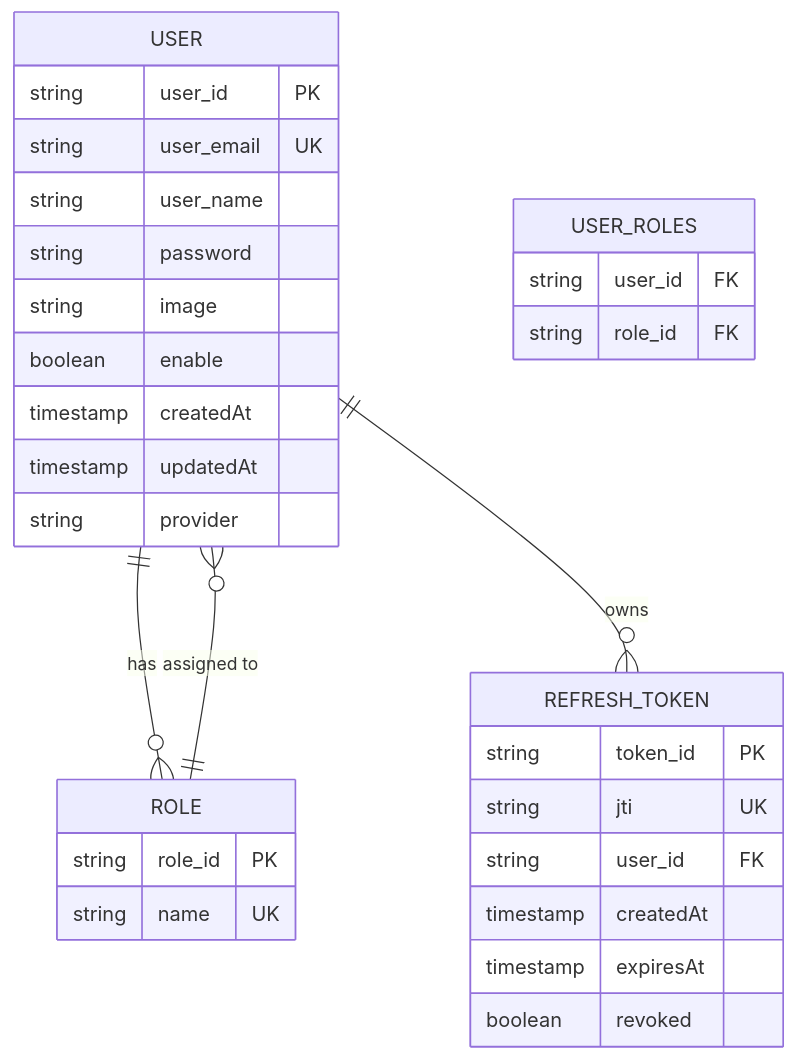
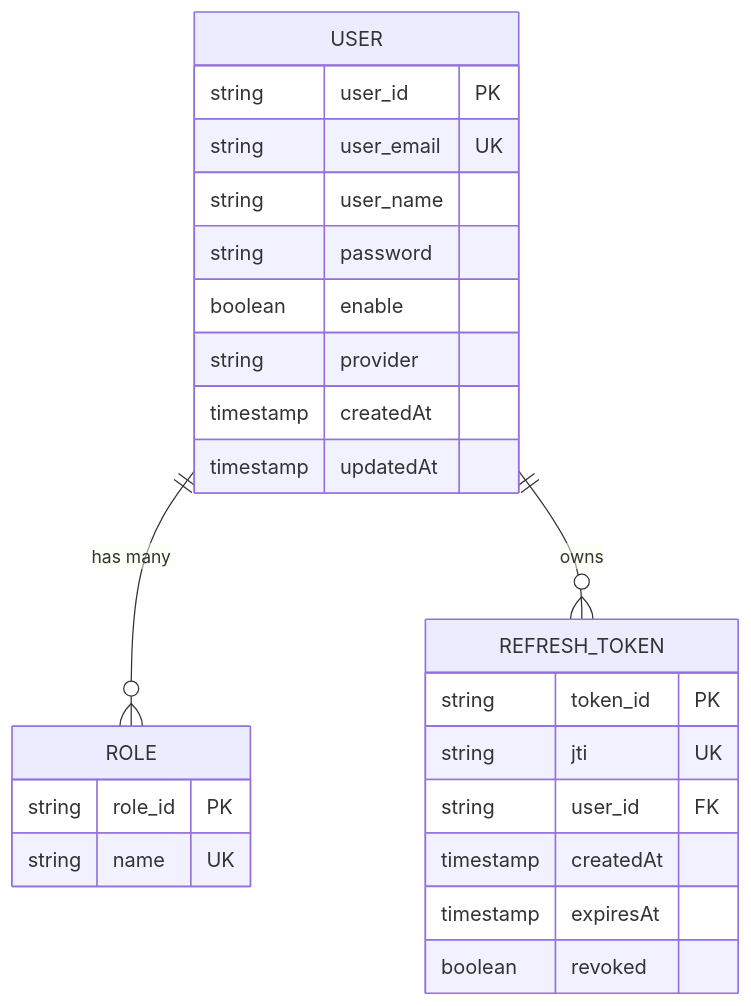
The fourth of 11 diagrams in README.md (daoductam/reusable-auth-backend), drawn with Mermaid before and after one commit. The commit also changed other lines of this file, not shown here.

````diff
--- a/README.md
+++ b/README.md
@@ -170,37 +216,30 @@
 ```mermaid
 erDiagram
-    USER ||--o{ ROLE : has
-    USER ||--o{ REFRESH_TOKEN : owns
-    ROLE ||--o{ USER : "assigned to"
+    USER ||--o{ ROLE : "has many"
+    USER ||--o{ REFRESH_TOKEN : "owns"
     
     USER {
         string user_id PK
         string user_email UK
         string user_name
         string password
-        string image
         boolean enable
+        string provider
         timestamp createdAt
         timestamp updatedAt
-        string provider
     }
     
     ROLE {
         string role_id PK
         string name UK
-    }
-    
-    USER_ROLES {
-        string user_id FK
-        string role_id FK
     }
     
     REFRESH_TOKEN {
         string token_id PK
         string jti UK
         string user_id FK
         timestamp createdAt
         timestamp expiresAt
         boolean revoked
     }
 ```
````
